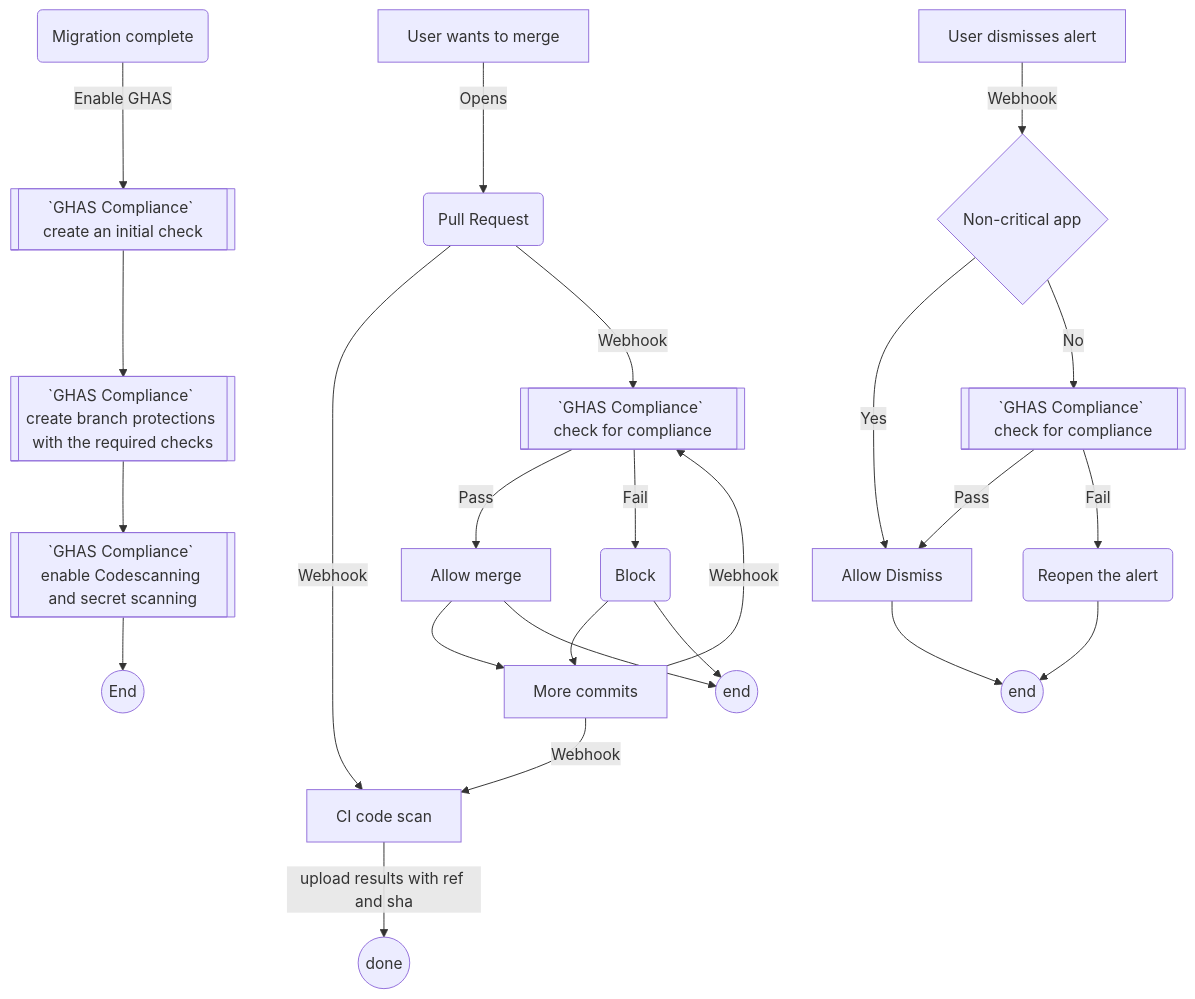
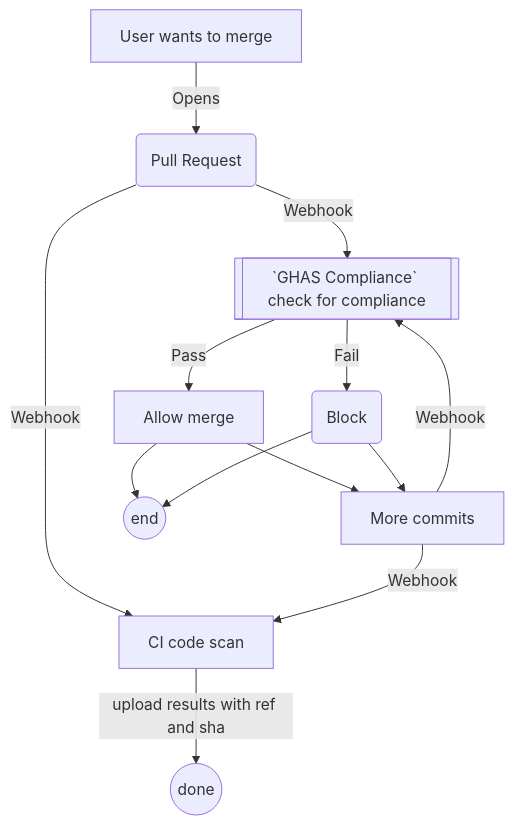
One commit to decyjphr-org/ghas-compliance changed the second of 5 diagrams in README.md. Above: the diagram before and after it, drawn with Mermaid. The commit also changed other lines of this file and 4 other files, not shown here.

````diff
--- a/README.md
+++ b/README.md
@@ -38,28 +46,15 @@
 ```mermaid
 graph TD
-    A(Migration complete) -->|Enable GHAS | B[[`GHAS Compliance` create an initial check]]
-    B --> C[[`GHAS Compliance` create branch protections with the required checks]]
-    C --> D[[`GHAS Compliance` enable Codescanning and secret scanning]]
-    D --> E((End))
-
     PR1[User wants to merge] --> |Opens|PR2(Pull Request)
     PR2 -->|Webhook| PR3[CI code scan]
     PR3 -->|upload results with ref and sha| PR4((done))
     PR11[More commits] -->|Webhook| PR3
     PR2 -->|Webhook| PR5[[`GHAS Compliance` check for compliance]]
     PR11 -->|Webhook| PR5
     PR5 -->|Pass| PR8[Allow merge]
     PR8 --> PR11
     PR5 -->|Fail| PR6(Block)
     PR6 --> PR11
     PR8 --> PR7((end))
     PR6 --> PR7
-
-    DPR1[User dismisses alert] -->|Webhook| DPR2{Non-critical app}
-    DPR2 -->|Yes| DPR8[Allow Dismiss]
-    DPR2 -->|No| DPR4[[`GHAS Compliance` check for compliance]]
-    DPR4 -->|Pass| DPR8
-    DPR4 -->|Fail| DPR5(Reopen the alert)
-    DPR8 --> DPR6((end))
-    DPR5 --> DPR6
 ```
````
